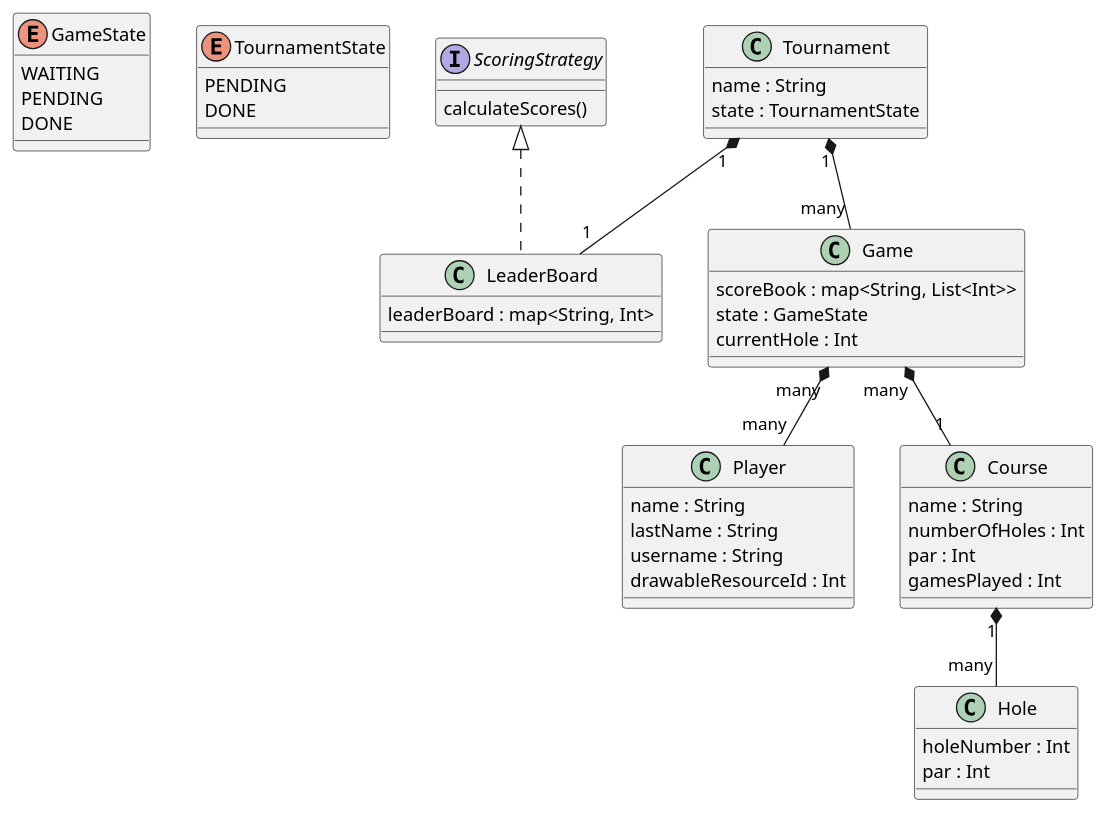
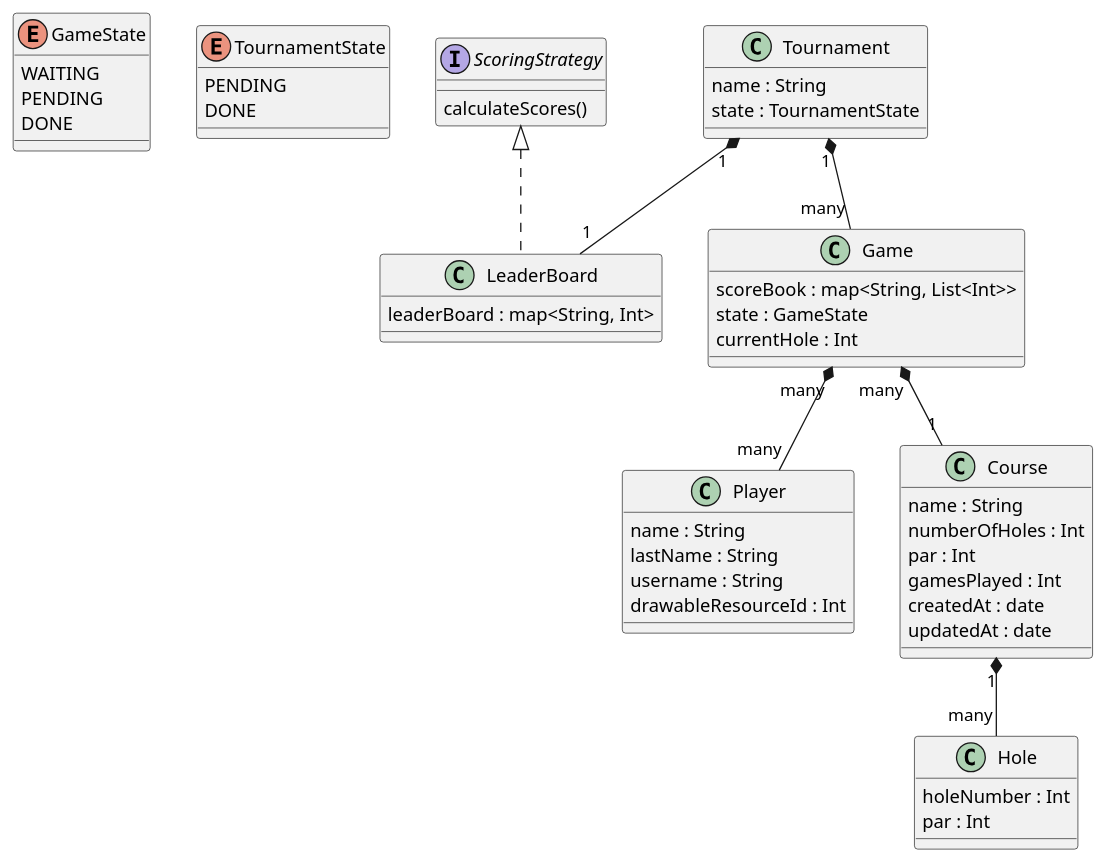
The diagram in class_diagram.puml (MindeurFou/golfbook-backend), drawn with PlantUML before and after one commit. The commit also changed 1 other file, not shown here.

```diff
--- a/class_diagram.puml
+++ b/class_diagram.puml
@@ -1,61 +1,63 @@
 @startuml
 'https://plantuml.com/class-diagram
 
 enum GameState {
     WAITING
     PENDING
     DONE
 }
 
 enum TournamentState {
     PENDING
     DONE
 }
 
 class Player {
     name : String
     lastName : String
     username : String
     drawableResourceId : Int
 }
 
 interface ScoringStrategy {
     calculateScores()
 }
 
 class LeaderBoard {
     leaderBoard : map<String, Int>
 }
 
 class Tournament {
     name : String
     state : TournamentState
 }
 
 class Game {
     scoreBook : map<String, List<Int>>
     state : GameState
     currentHole : Int
 }
 
 class Course {
     name : String
     numberOfHoles : Int
     par : Int
     gamesPlayed : Int
+    createdAt : date
+    updatedAt : date
 }
 
 class Hole {
     holeNumber : Int
     par : Int
 }
 
 Course "1" *-- "many" Hole
 Game "many" *-- "many" Player
 Game "many" *-- "1" Course
 Tournament "1" *-- "many" Game
 Tournament "1" *-- "1" LeaderBoard
 ScoringStrategy <|.. LeaderBoard
 
 
 @enduml
```
